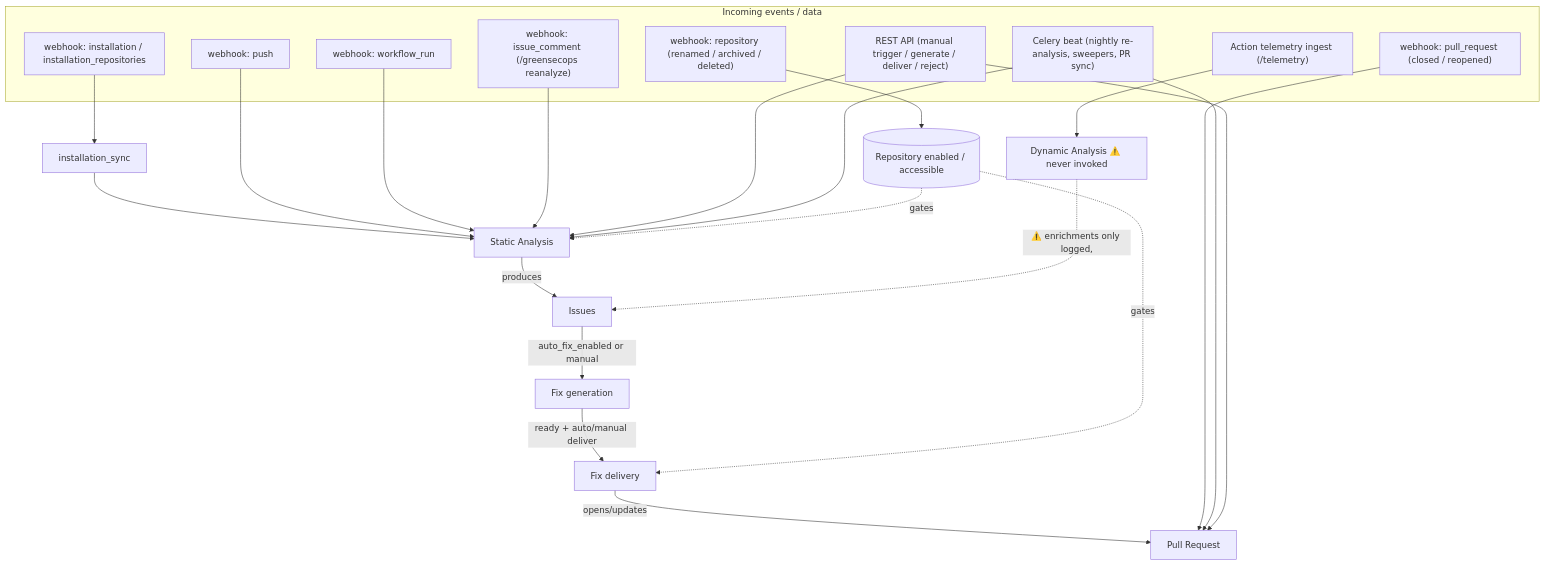
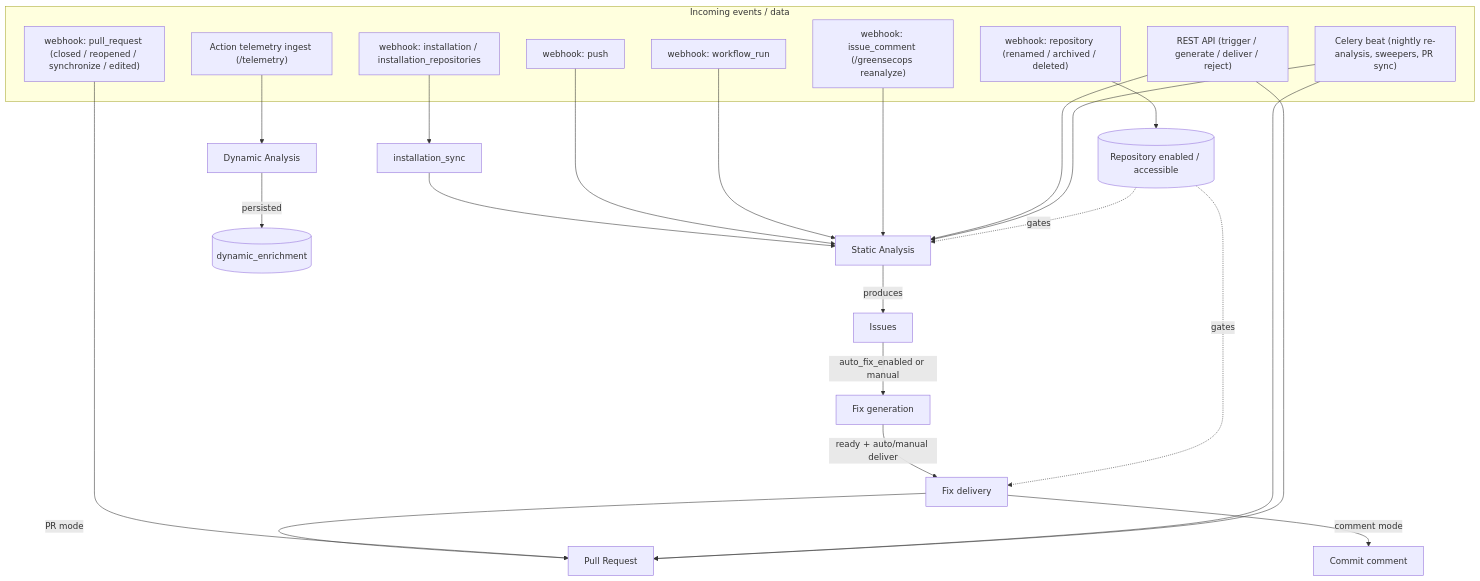
Before and after one commit to TheoGoudout/greensecops: the first of 5 diagrams in docs/state-machines.md, drawn with Mermaid. The commit also changed other lines of this file, not shown here.

First line of the commit message:
docs: update state-machine diagrams to the implemented model

````diff
--- a/docs/state-machines.md
+++ b/docs/state-machines.md
@@ -52,36 +52,37 @@
 ```mermaid
 flowchart TD
     subgraph Inputs["Incoming events / data"]
         WH_push["webhook: push"]
         WH_run["webhook: workflow_run"]
         WH_comment["webhook: issue_comment (/greensecops reanalyze)"]
         WH_install["webhook: installation / installation_repositories"]
-        WH_pr["webhook: pull_request (closed / reopened)"]
+        WH_pr["webhook: pull_request (closed / reopened / synchronize / edited)"]
         WH_repo["webhook: repository (renamed / archived / deleted)"]
-        API["REST API (manual trigger / generate / deliver / reject)"]
+        API["REST API (trigger / generate / deliver / reject)"]
         BEAT["Celery beat (nightly re-analysis, sweepers, PR sync)"]
         TELEM["Action telemetry ingest (/telemetry)"]
     end
 
     WH_install --> SYNC[installation_sync]
     SYNC --> AN
     WH_push --> AN[Static Analysis]
     WH_run --> AN
     WH_comment --> AN
     API --> AN
     BEAT --> AN
 
     AN -->|produces| ISS[Issues]
     ISS -->|auto_fix_enabled or manual| FIX[Fix generation]
     FIX -->|ready + auto/manual deliver| DEL[Fix delivery]
-    DEL -->|opens/updates| PR[Pull Request]
+    DEL -->|PR mode| PR[Pull Request]
+    DEL -->|comment mode| CM[Commit comment]
     WH_pr --> PR
     BEAT --> PR
     API --> PR
     WH_repo --> REPO[(Repository enabled / accessible)]
     REPO -. gates .-> AN
     REPO -. gates .-> DEL
 
-    TELEM --> DYN["Dynamic Analysis ⚠️ never invoked"]
-    DYN -. "⚠️ enrichments only logged," .-> ISS
+    TELEM --> DYN[Dynamic Analysis]
+    DYN -->|persisted| ENR[(dynamic_enrichment)]
 ```
````
